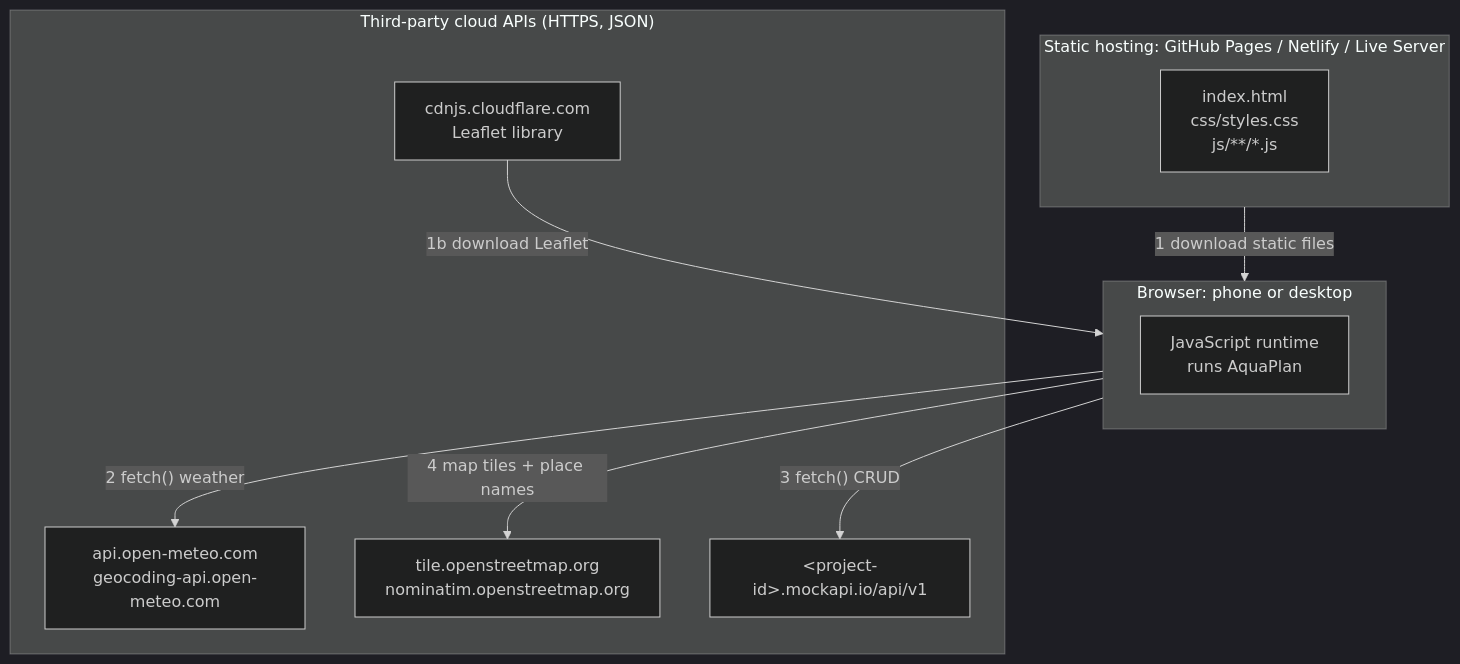
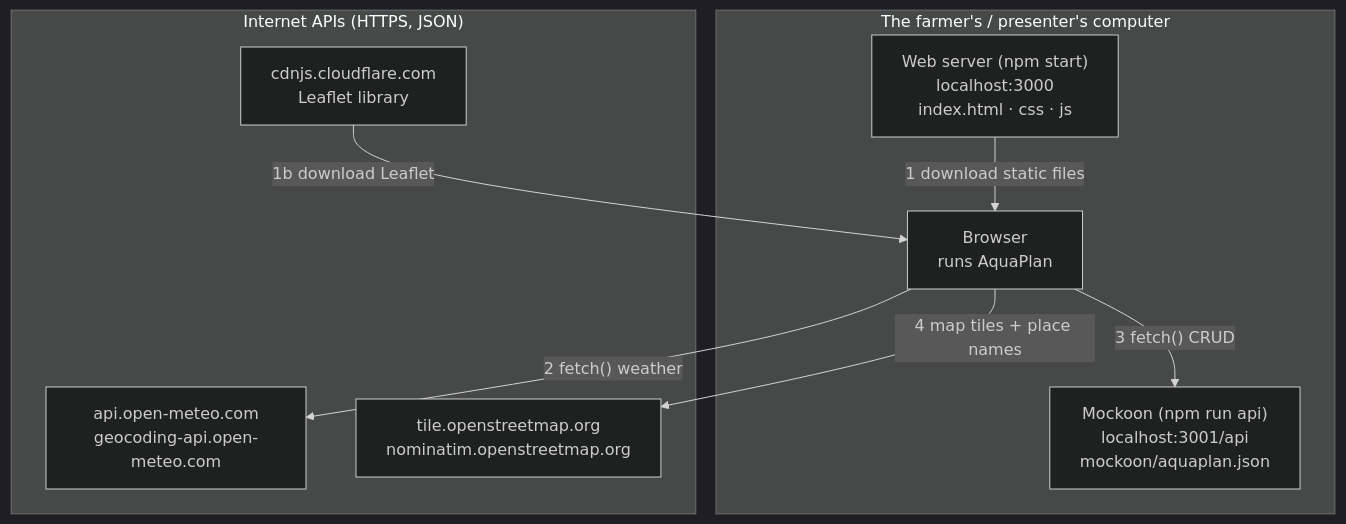
One commit to ViiUnknown/aquaplan changed the second of 13 diagrams in ARCHITECTURE.md. Above: the diagram before and after it, drawn with Mermaid (dark theme). The commit also changed other lines of this file and 35 other files, not shown here.

````diff
--- a/ARCHITECTURE.md
+++ b/ARCHITECTURE.md
@@ -76,23 +76,20 @@
 ```mermaid
 flowchart TB
-    subgraph host["Static hosting: GitHub Pages / Netlify / Live Server"]
-        files["index.html<br/>css/styles.css<br/>js/**/*.js"]
+    subgraph pc["The farmer's / presenter's computer"]
+        web["Web server (npm start)<br/>localhost:3000<br/>index.html · css · js"]
+        mock["Mockoon (npm run api)<br/>localhost:3001/api<br/>mockoon/aquaplan.json"]
+        runtime["Browser<br/>runs AquaPlan"]
     end
 
-    subgraph client["Browser: phone or desktop"]
-        runtime["JavaScript runtime<br/>runs AquaPlan"]
-    end
-
-    subgraph cloud["Third-party cloud APIs (HTTPS, JSON)"]
+    subgraph cloud["Internet APIs (HTTPS, JSON)"]
         om["api.open-meteo.com<br/>geocoding-api.open-meteo.com"]
         map["tile.openstreetmap.org<br/>nominatim.openstreetmap.org"]
         cdn["cdnjs.cloudflare.com<br/>Leaflet library"]
-        ma["&lt;project-id&gt;.mockapi.io/api/v1"]
     end
 
-    host -- "1 download static files" --> client
-    cdn -- "1b download Leaflet" --> client
-    client -- "2 fetch() weather" --> om
-    client -- "3 fetch() CRUD" --> ma
-    client -- "4 map tiles + place names" --> map
+    web -- "1 download static files" --> runtime
+    cdn -- "1b download Leaflet" --> runtime
+    runtime -- "2 fetch() weather" --> om
+    runtime -- "3 fetch() CRUD" --> mock
+    runtime -- "4 map tiles + place names" --> map
 ```
````
